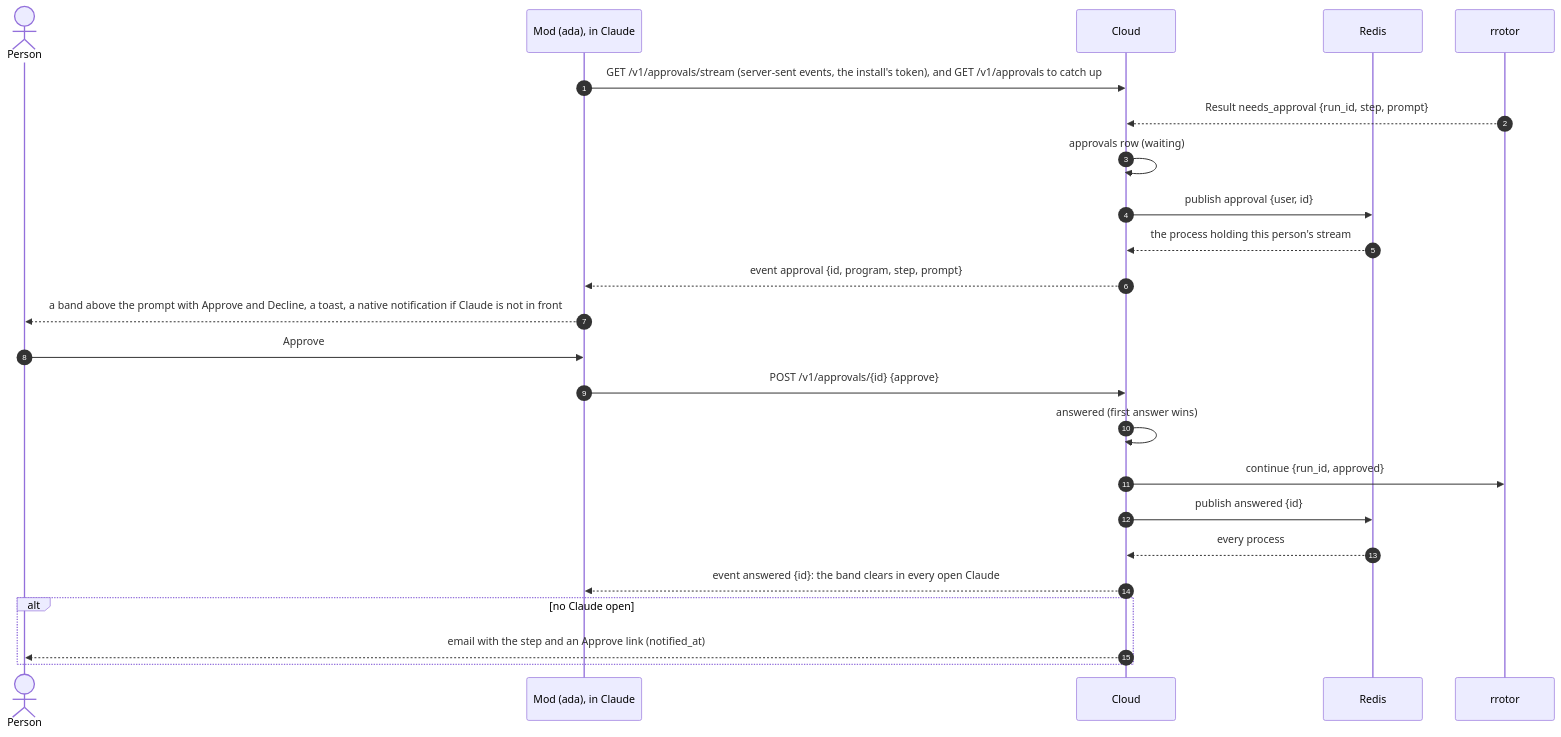
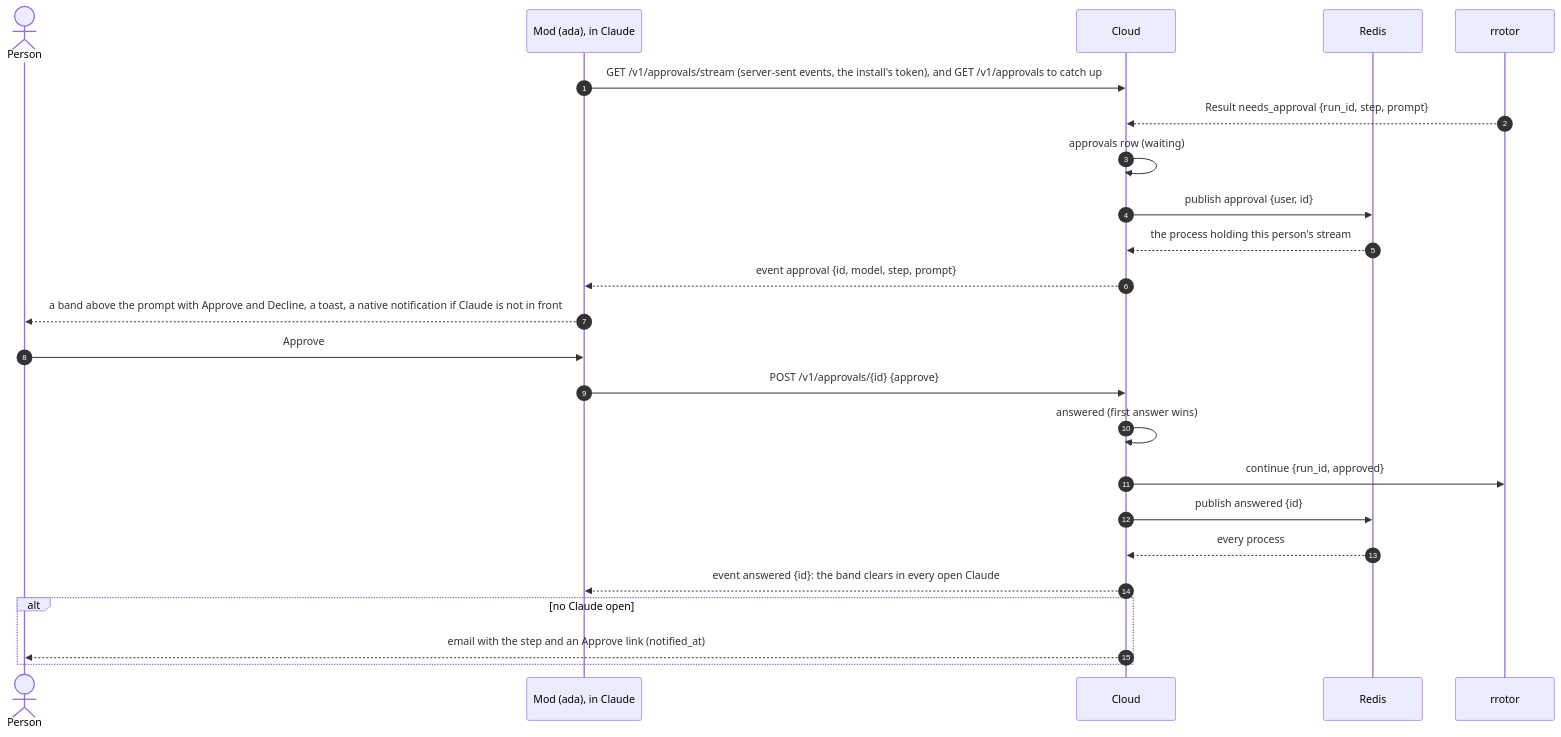
Before and after one commit to glyphh-ai/rrotor: the tenth of 13 diagrams in docs/architecture.md, drawn with Mermaid. The commit also changed other lines of this file and 63 other files, not shown here.

First line of the commit message:
Rename program to model

````diff
--- a/docs/architecture.md
+++ b/docs/architecture.md
@@ -366,26 +366,26 @@
 ```mermaid
 sequenceDiagram
     autonumber
     actor P as Person
     participant M as Mod (ada), in Claude
     participant G as Cloud
     participant Q as Redis
     participant H as rrotor
     M->>G: GET /v1/approvals/stream (server-sent events, the install's token), and GET /v1/approvals to catch up
     H-->>G: Result needs_approval {run_id, step, prompt}
     G->>G: approvals row (waiting)
     G->>Q: publish approval {user, id}
     Q-->>G: the process holding this person's stream
-    G-->>M: event approval {id, program, step, prompt}
+    G-->>M: event approval {id, model, step, prompt}
     M-->>P: a band above the prompt with Approve and Decline, a toast, a native notification if Claude is not in front
     P->>M: Approve
     M->>G: POST /v1/approvals/{id} {approve}
     G->>G: answered (first answer wins)
     G->>H: continue {run_id, approved}
     G->>Q: publish answered {id}
     Q-->>G: every process
     G-->>M: event answered {id}: the band clears in every open Claude
     alt no Claude open
         G-->>P: email with the step and an Approve link (notified_at)
     end
 ```
````
